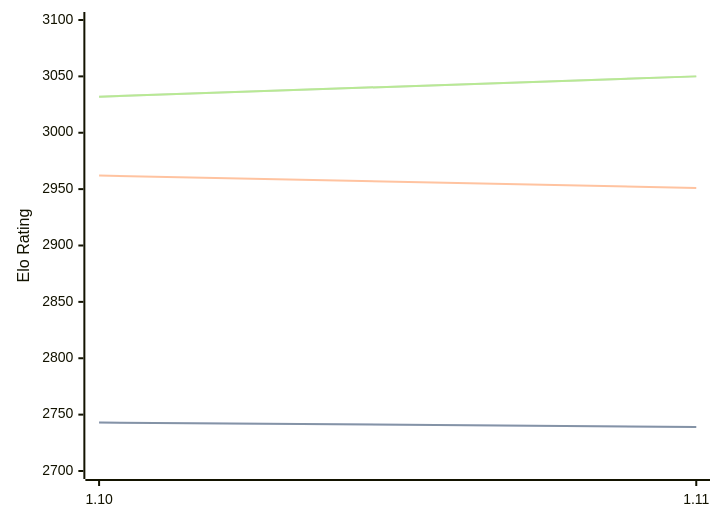
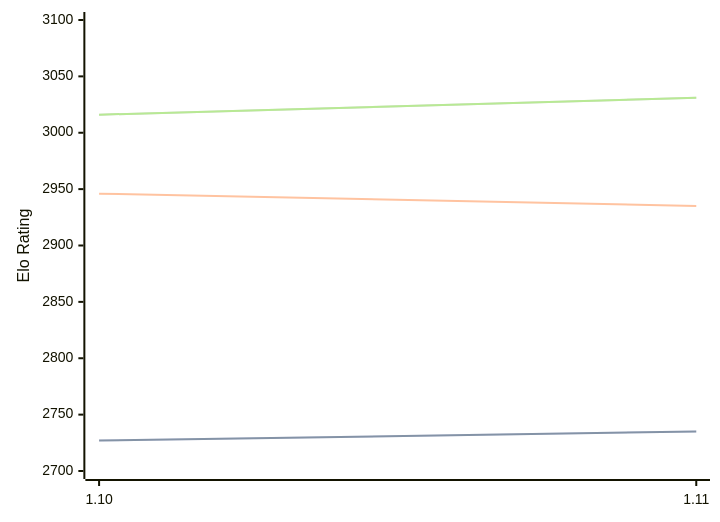
Before and after one commit to computer-chess-index/cci: the diagram in engines/Roc.md, drawn with Mermaid. The commit also changed other lines of this file, not shown here.

Commit message:
Update CCI Ratings (ELO VLTC) - 2026-05-20

````diff
--- a/engines/Roc.md
+++ b/engines/Roc.md
@@ -65,11 +65,11 @@
 ```mermaid
 %%{init: {"theme":"base","themeVariables":{"seriesColors:['#a3a3a3','#222221','#faa371']}}}%%
 xychart-beta
   x-axis ["1.10", "1.11"]
   y-axis "Elo Rating" 2700 --> 3100
-  line "STC (8.0+0.08s)" [2743, 2739]
-  line "STC (8.0+0.08s)" [2743, 2739]
-  line "LTC (60.0+0.60s)" [2962, 2951]
-  line "VLTC (2m24s+1.12s)" [3032, 3050]
-  line "VLTC (2m24s+1.12s)" [3032, 3050]
+  line "STC (8.0+0.08s)" [2727, 2735]
+  line "STC (8.0+0.08s)" [2727, 2735]
+  line "LTC (60.0+0.60s)" [2946, 2935]
+  line "VLTC (2m24s+1.12s)" [3016, 3031]
+  line "VLTC (2m24s+1.12s)" [3016, 3031]
 ```
````
